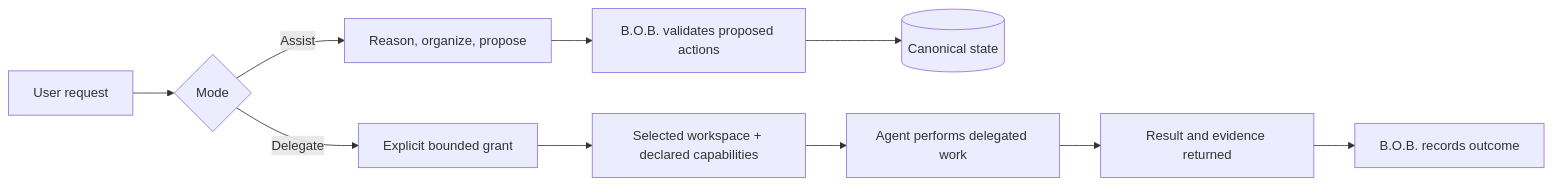
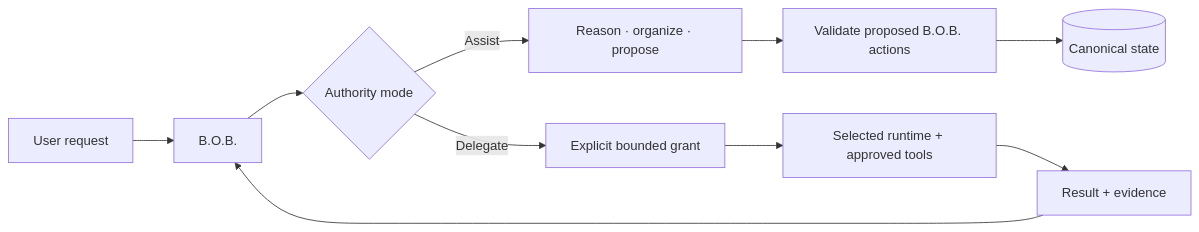
Before and after one commit to Knapp-Kevin/B.O.B.: the fourth of 6 diagrams in README.md, drawn with Mermaid. The commit also changed other lines of this file, not shown here.

Commit message:
Correct B.O.B. to single-agent multi-LLM architecture

````diff
--- a/README.md
+++ b/README.md
@@ -194,14 +197,14 @@
 ```mermaid
 flowchart LR
-    U[User request] --> MODE{Mode}
+    U[User request] --> B[B.O.B.]
+    B --> MODE{Authority mode}
 
-    MODE -->|Assist| ASSIST[Reason, organize, propose]
-    ASSIST --> VALIDATE[B.O.B. validates proposed actions]
-    VALIDATE --> STATE[(Canonical state)]
+    MODE -->|Assist| A[Reason · organize · propose]
+    A --> V[Validate proposed B.O.B. actions]
+    V --> STATE[(Canonical state)]
 
-    MODE -->|Delegate| GRANT[Explicit bounded grant]
-    GRANT --> WORKSPACE[Selected workspace + declared capabilities]
-    WORKSPACE --> AGENT[Agent performs delegated work]
-    AGENT --> RESULT[Result and evidence returned]
-    RESULT --> BOB[B.O.B. records outcome]
+    MODE -->|Delegate| G[Explicit bounded grant]
+    G --> E[Selected runtime + approved tools]
+    E --> RESULT[Result + evidence]
+    RESULT --> B
 ```
````
